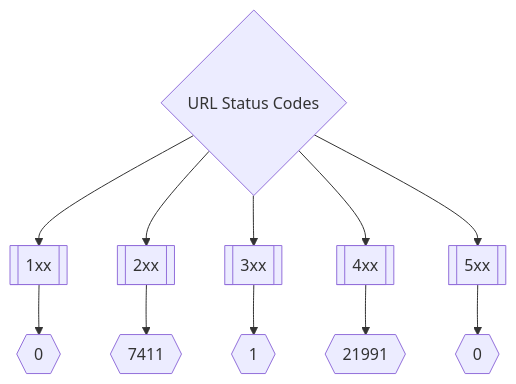
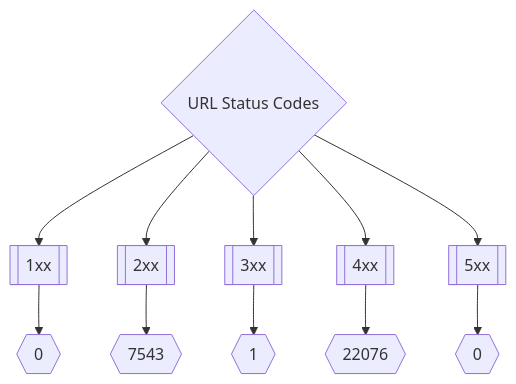
One commit to trickest/inventory changed the second of 3 diagrams in README.md. Above: the diagram before and after it, drawn with Mermaid. The commit also changed other lines of this file, not shown here.

Commit message:
Update Wed Mar  9 04:09:31 UTC 2022

````diff
--- a/README.md
+++ b/README.md
@@ -173,8 +173,8 @@
 ```mermaid
 graph TD
 title{URL Status Codes} --> 1xx[[1xx]] --> status1xxNum{{0}}
-title --> 2xx[[2xx]] --> status2xxNum{{7411}}
+title --> 2xx[[2xx]] --> status2xxNum{{7543}}
 title --> 3xx[[3xx]] --> status3xxNum{{1}}
-title --> 4xx[[4xx]] --> status4xxNum{{21991}}
+title --> 4xx[[4xx]] --> status4xxNum{{22076}}
 title --> 5xx[[5xx]] --> status5xxNum{{0}}
 ```
````
